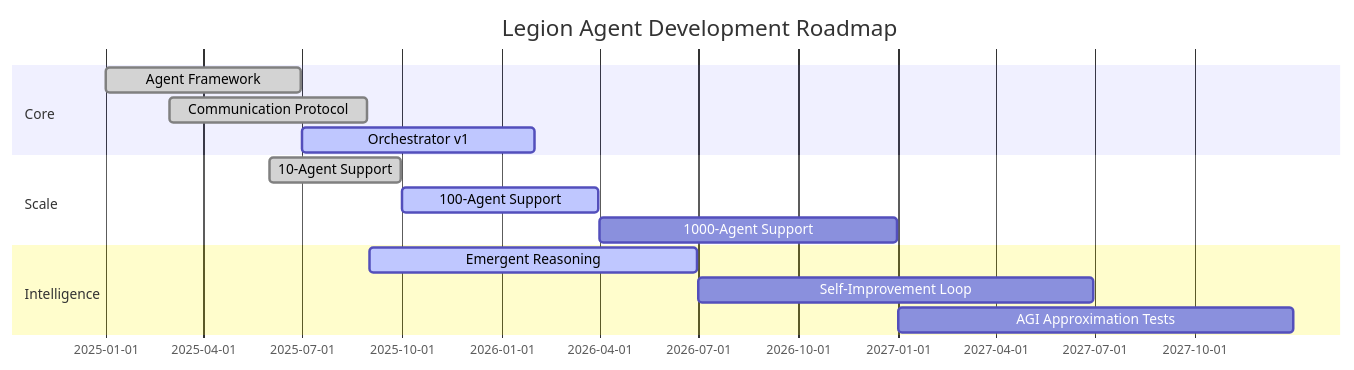
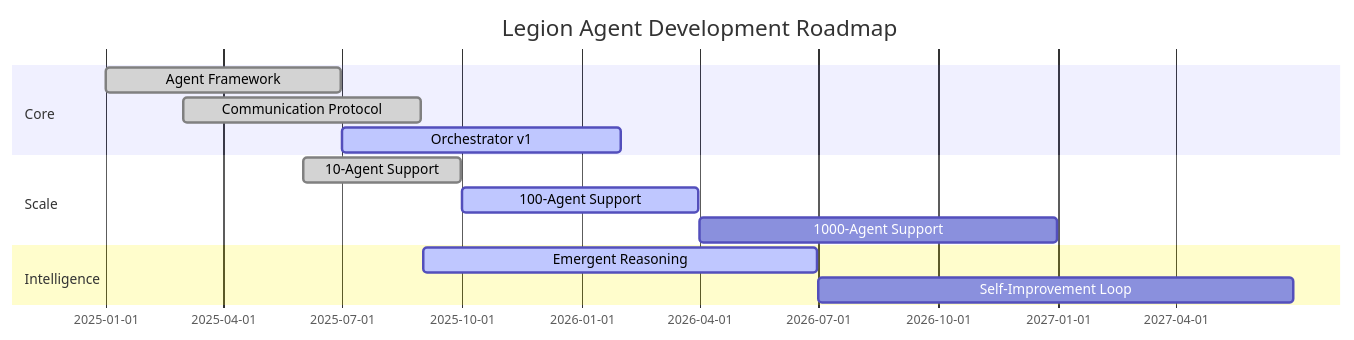
The seventh of 7 diagrams in Tests/fixtures/agi-hive-mind-research.md (Ladas/MarkdownViewer), drawn with Mermaid before and after one commit. The commit also changed other lines of this file and 1 other file, not shown here.

````diff
--- a/Tests/fixtures/agi-hive-mind-research.md
+++ b/Tests/fixtures/agi-hive-mind-research.md
@@ -370,17 +226,16 @@
 ```mermaid
 gantt
     title Legion Agent Development Roadmap
     dateFormat  YYYY-MM-DD
     section Core
     Agent Framework           :done,    a1, 2025-01-01, 2025-06-30
     Communication Protocol    :done,    a2, 2025-03-01, 2025-08-30
     Orchestrator v1           :active,  a3, 2025-07-01, 2026-01-31
     section Scale
     10-Agent Support          :done,    b1, 2025-06-01, 2025-09-30
     100-Agent Support         :active,  b2, 2025-10-01, 2026-03-31
     1000-Agent Support        :         b3, 2026-04-01, 2026-12-31
     section Intelligence
     Emergent Reasoning        :active,  c1, 2025-09-01, 2026-06-30
     Self-Improvement Loop     :         c2, 2026-07-01, 2027-06-30
-    AGI Approximation Tests   :         c3, 2027-01-01, 2027-12-31
 ```
````
